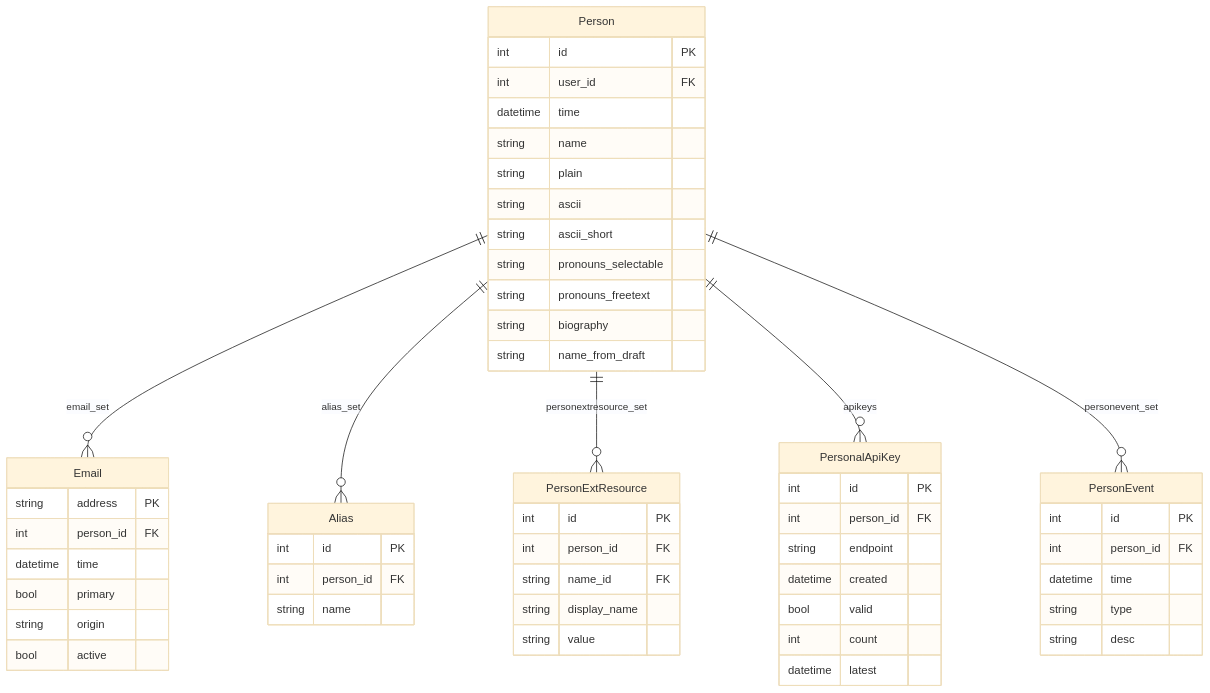
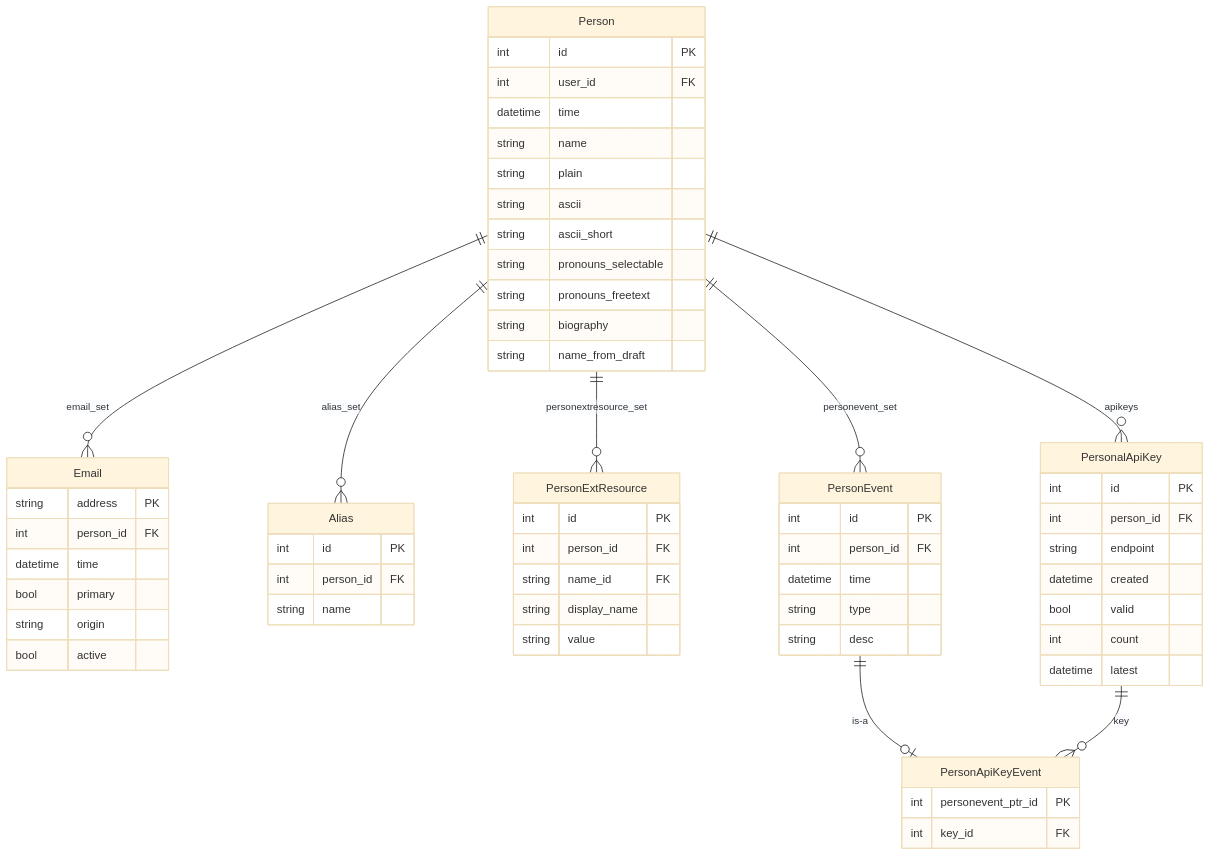
The diagram in dev/intro/person.md (aliaspartan9/datatracker), drawn with Mermaid (base theme) before and after one commit. The commit also changed other lines of this file, not shown here.

Commit message:
doc: improve description of person models

````diff
--- a/dev/intro/person.md
+++ b/dev/intro/person.md
@@ -49,58 +90,64 @@
 ```mermaid
 erDiagram
     Person {
         int id PK
         int user_id FK
         datetime time
         string name
         string plain
         string ascii
         string ascii_short
         string pronouns_selectable
         string pronouns_freetext
         string biography
         string name_from_draft
     }
     Email {
         string address PK
         int person_id FK
         datetime time
         bool primary
         string origin
         bool active
     }
     Alias {
         int id PK
         int person_id FK
         string name
     }
     PersonExtResource {
         int id PK
         int person_id FK
         string name_id FK
         string display_name
         string value
     }
     PersonalApiKey {
         int id PK
         int person_id FK
         string endpoint
         datetime created
         bool valid
         int count
         datetime latest
     }
     PersonEvent {
         int id PK
         int person_id FK
         datetime time
         string type
         string desc
     }
+    PersonApiKeyEvent {
+        int personevent_ptr_id PK
+        int key_id FK
+    }
 
     Person ||--o{ Email : "email_set"
     Person ||--o{ Alias : "alias_set"
     Person ||--o{ PersonExtResource : "personextresource_set"
     Person ||--o{ PersonalApiKey : "apikeys"
     Person ||--o{ PersonEvent : "personevent_set"
+    PersonEvent ||--o| PersonApiKeyEvent : "is-a"
+    PersonalApiKey ||--o{ PersonApiKeyEvent : "key"
 ```
````
